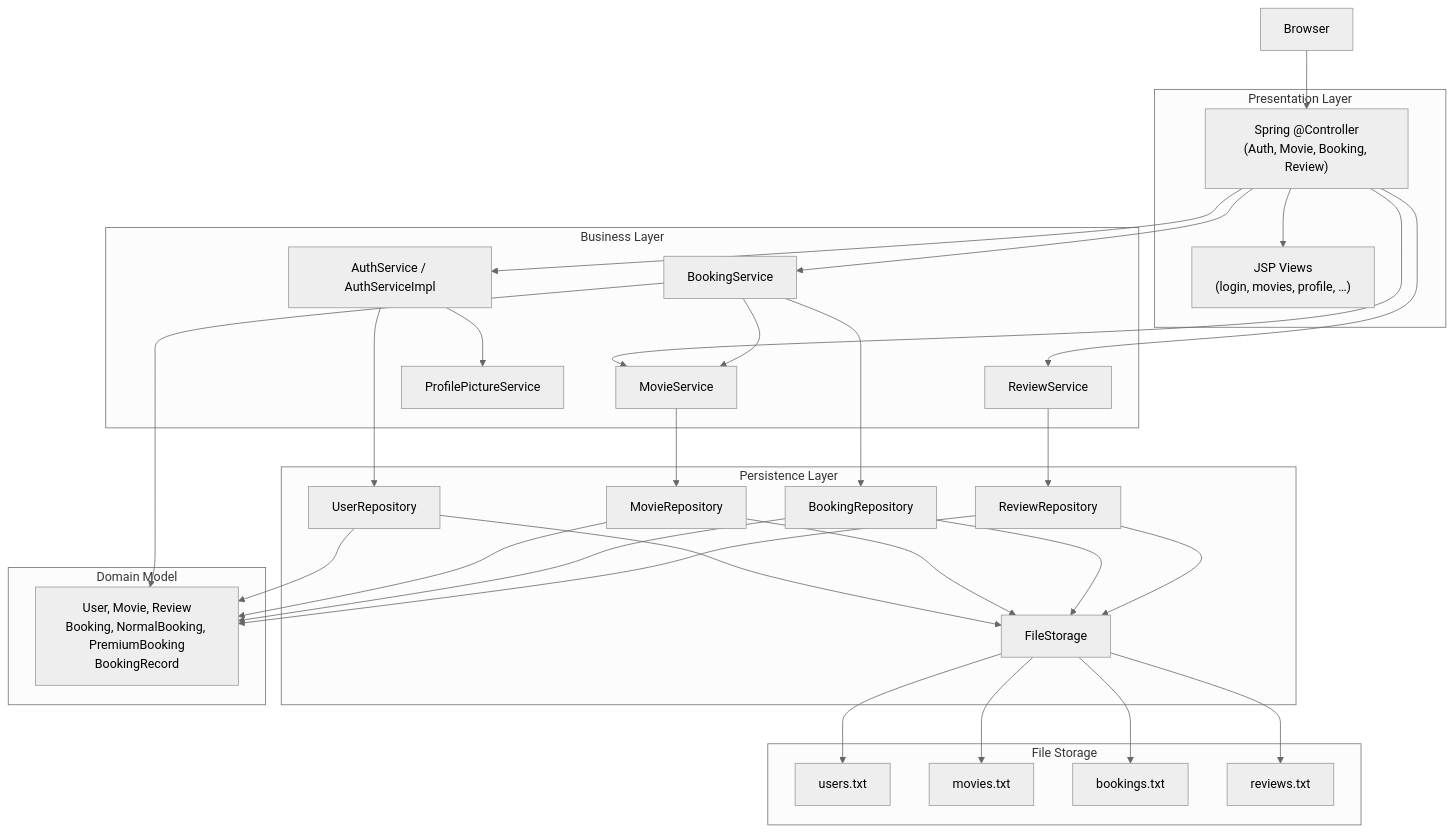
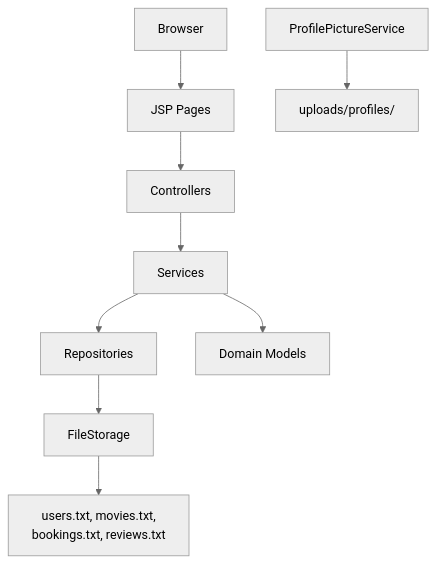
Before and after one commit to sapurna/Movie-Rental-and-Review-Platform: the first of 3 diagrams in docs/CLASS_DIAGRAM.md, drawn with Mermaid (neutral theme). The commit also changed other lines of this file and 12 other files, not shown here.

````diff
--- a/docs/CLASS_DIAGRAM.md
+++ b/docs/CLASS_DIAGRAM.md
@@ -8,46 +10,11 @@
 ```mermaid
 flowchart TB
-    subgraph Presentation["Presentation Layer"]
-        JSP["JSP Views\n(login, movies, profile, …)"]
-        CTRL["Spring @Controller\n(Auth, Movie, Booking, Review)"]
-    end
-
-    subgraph Business["Business Layer"]
-        AS["AuthService / AuthServiceImpl"]
-        MS["MovieService"]
-        BS["BookingService"]
-        RS["ReviewService"]
-        PPS["ProfilePictureService"]
-    end
-
-    subgraph Persistence["Persistence Layer"]
-        UR["UserRepository"]
-        MR["MovieRepository"]
-        BR["BookingRepository"]
-        RR["ReviewRepository"]
-        FS["FileStorage"]
-    end
-
-    subgraph Data["File Storage"]
-        UTXT["users.txt"]
-        MTXT["movies.txt"]
-        BTXT["bookings.txt"]
-        RTXT["reviews.txt"]
-    end
-
-    subgraph Domain["Domain Model"]
-        MODELS["User, Movie, Review\nBooking, NormalBooking, PremiumBooking\nBookingRecord"]
-    end
-
-    Browser --> CTRL
-    CTRL --> JSP
-    CTRL --> AS & MS & BS & RS
-    AS --> UR & PPS
-    MS --> MR
-    BS --> BR & MS
-    RS --> RR
-    UR & MR & BR & RR --> FS
-    FS --> UTXT & MTXT & BTXT & RTXT
-    UR & MR & BR & RR --> MODELS
-    BS --> MODELS
+    Browser --> JSP["JSP Pages"]
+    JSP --> Controller["Controllers"]
+    Controller --> Service["Services"]
+    Service --> Repository["Repositories"]
+    Repository --> FileStorage
+    FileStorage --> TXT["users.txt, movies.txt,\nbookings.txt, reviews.txt"]
+    Service --> Model["Domain Models"]
+    ProfilePictureService --> Uploads["uploads/profiles/"]
 ```
````
